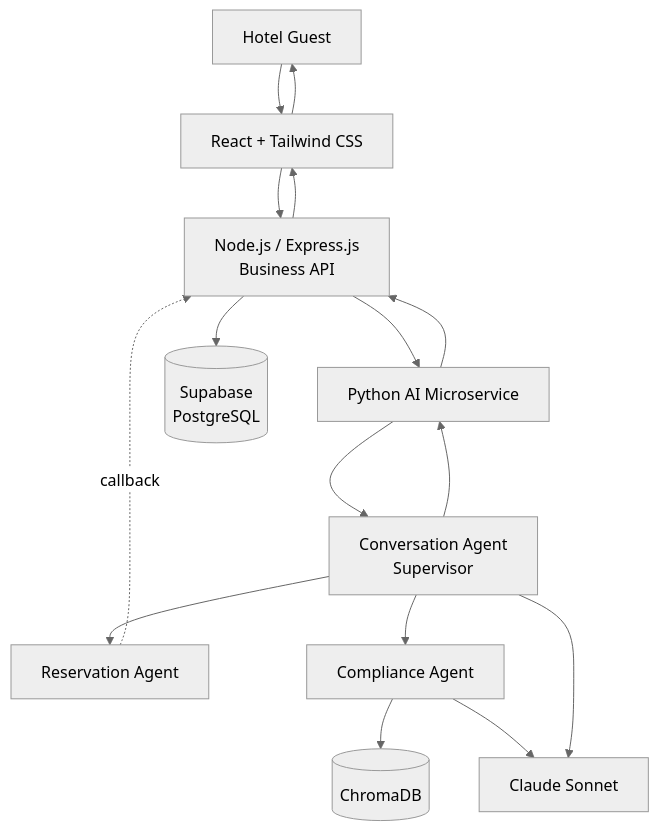
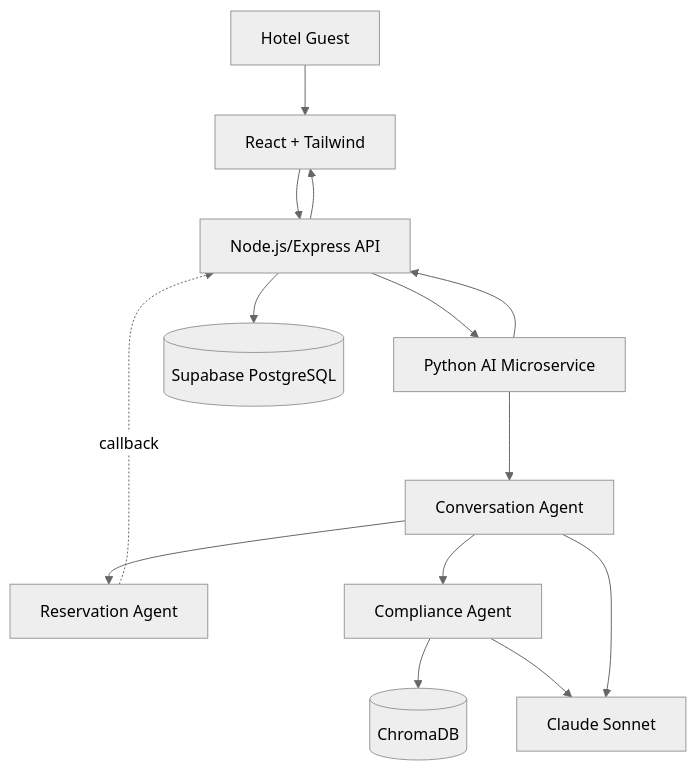
Before and after one commit to AmoghPai19/Multi-Agent-AI-Hotel-Support-System: the first of 8 diagrams in docs/architecture/architecture.md, drawn with Mermaid (neutral theme). The commit also changed other lines of this file and 1 other file, not shown here.

Commit message:
Added project vision, technology decisions, architecture, and workflow specifications

````diff
--- a/docs/architecture/architecture.md
+++ b/docs/architecture/architecture.md
@@ -55,29 +27,16 @@
 ```mermaid
 flowchart TD
-    Guest[Hotel Guest]
-    React[React + Tailwind CSS]
-    Node[Node.js / Express.js<br/>Business API]
-    Python[Python AI Microservice]
-    Conversation[Conversation Agent<br/>Supervisor]
-    Reservation[Reservation Agent]
-    Compliance[Compliance Agent]
-    Supabase[(Supabase<br/>PostgreSQL)]
-    Chroma[(ChromaDB)]
-    Claude[Claude Sonnet]
-
-    Guest --> React
-    React --> Node
-    Node --> Python
-    Python --> Conversation
-    Conversation --> Reservation
-    Conversation --> Compliance
+    Guest[Hotel Guest] --> React[React + Tailwind]
+    React --> Node[Node.js/Express API]
+    Node --> Python[Python AI Microservice]
+    Python --> Conversation[Conversation Agent]
+    Conversation --> Reservation[Reservation Agent]
+    Conversation --> Compliance[Compliance Agent]
     Reservation -.callback.-> Node
-    Node --> Supabase
-    Compliance --> Chroma
-    Compliance --> Claude
+    Node --> Supabase[(Supabase PostgreSQL)]
+    Compliance --> Chroma[(ChromaDB)]
+    Compliance --> Claude[Claude Sonnet]
     Conversation --> Claude
-    Conversation --> Python
     Python --> Node
     Node --> React
-    React --> Guest
 ```
````
